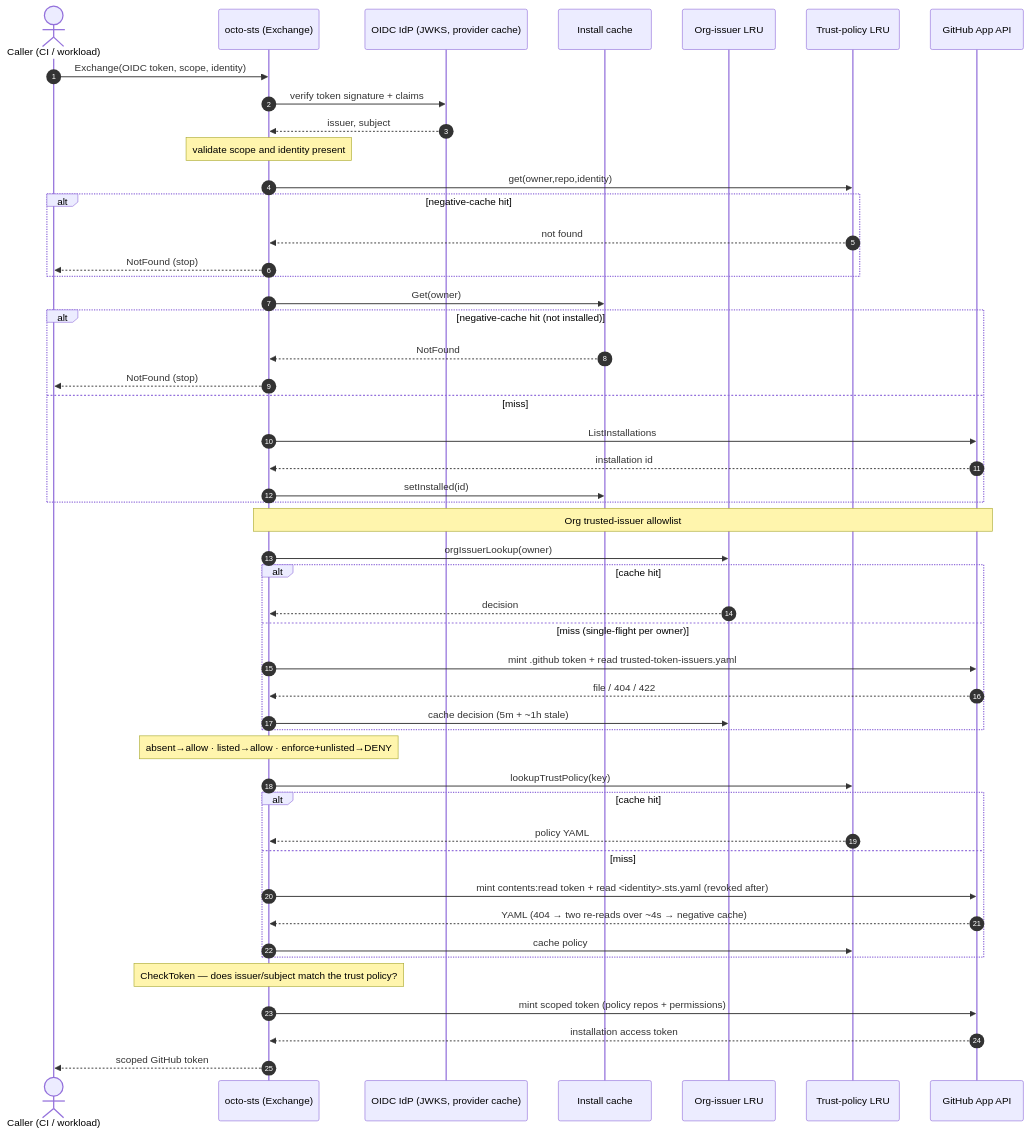
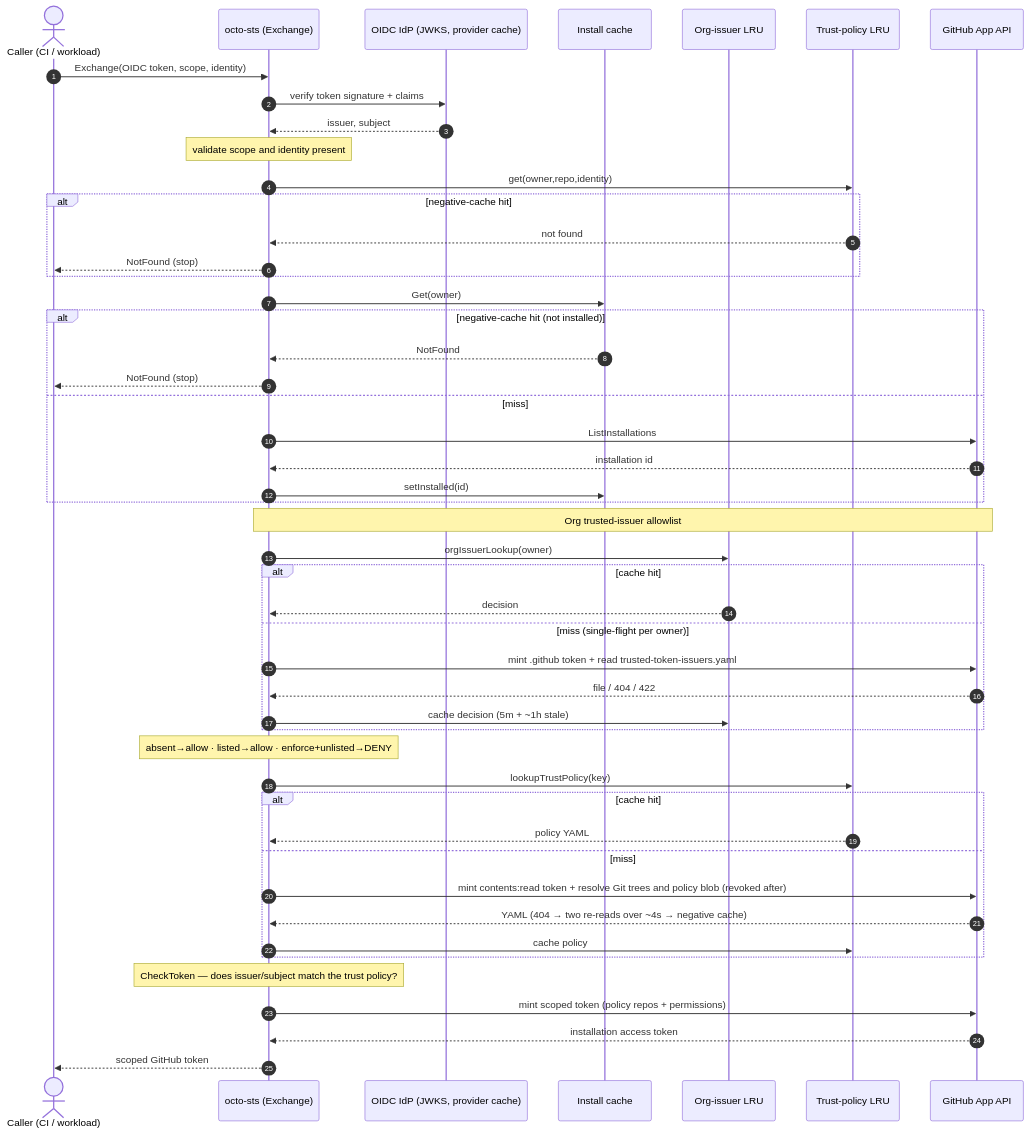
One commit to octo-sts/app changed the first of 2 diagrams in docs/architecture.md. Above: the diagram before and after it, drawn with Mermaid. The commit also changed other lines of this file and 29 other files, not shown here.

````diff
--- a/docs/architecture.md
+++ b/docs/architecture.md
@@ -22,57 +22,57 @@
 ```mermaid
 sequenceDiagram
     autonumber
     actor C as Caller (CI / workload)
     participant S as octo-sts (Exchange)
     participant J as OIDC IdP (JWKS, provider cache)
     participant IC as Install cache
     participant OI as Org-issuer LRU
     participant TP as Trust-policy LRU
     participant GH as GitHub App API
 
     C->>S: Exchange(OIDC token, scope, identity)
     S->>J: verify token signature + claims
     J-->>S: issuer, subject
     Note over S: validate scope and identity present
 
     S->>TP: get(owner,repo,identity)
     alt negative-cache hit
         TP-->>S: not found
         S-->>C: NotFound (stop)
     end
 
     S->>IC: Get(owner)
     alt negative-cache hit (not installed)
         IC-->>S: NotFound
         S-->>C: NotFound (stop)
     else miss
         S->>GH: ListInstallations
         GH-->>S: installation id
         S->>IC: setInstalled(id)
     end
 
     Note over S,GH: Org trusted-issuer allowlist
     S->>OI: orgIssuerLookup(owner)
     alt cache hit
         OI-->>S: decision
     else miss (single-flight per owner)
         S->>GH: mint .github token + read trusted-token-issuers.yaml
         GH-->>S: file / 404 / 422
         S->>OI: cache decision (5m + ~1h stale)
     end
     Note over S: absent→allow · listed→allow · enforce+unlisted→DENY
 
     S->>TP: lookupTrustPolicy(key)
     alt cache hit
         TP-->>S: policy YAML
     else miss
-        S->>GH: mint contents:read token + read <identity>.sts.yaml (revoked after)
+        S->>GH: mint contents:read token + resolve Git trees and policy blob (revoked after)
         GH-->>S: YAML (404 → two re-reads over ~4s → negative cache)
         S->>TP: cache policy
     end
 
     Note over S: CheckToken — does issuer/subject match the trust policy?
     S->>GH: mint scoped token (policy repos + permissions)
     GH-->>S: installation access token
     S-->>C: scoped GitHub token
 ```
````
